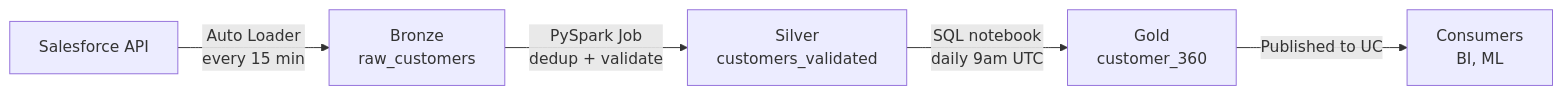
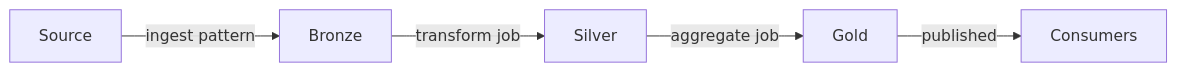
Before and after one commit to DocumentDrivenDX/helix: the second of 2 diagrams in workflows/activities/02-design/artifacts/data-architecture/template.md, drawn with Mermaid. The commit also changed other lines of this file and 9 other files, not shown here.

First line of the commit message:
workflows: data-architecture = platform/pipeline; data-design = entity

````diff
--- a/workflows/activities/02-design/artifacts/data-architecture/template.md
+++ b/workflows/activities/02-design/artifacts/data-architecture/template.md
@@ -118,7 +103,7 @@
 ```mermaid
 graph LR
-    A["Salesforce API"] -->|Auto Loader<br/>every 15 min| B["Bronze<br/>raw_customers"]
-    B -->|PySpark Job<br/>dedup + validate| C["Silver<br/>customers_validated"]
-    C -->|SQL notebook<br/>daily 9am UTC| D["Gold<br/>customer_360"]
-    D -->|Published to UC| E["Consumers<br/>BI, ML"]
+    A["Source"] -->|ingest pattern| B["Bronze"]
+    B -->|transform job| C["Silver"]
+    C -->|aggregate job| D["Gold"]
+    D -->|published| E["Consumers"]
 ```
````
